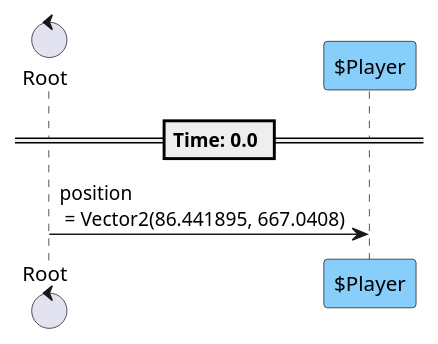
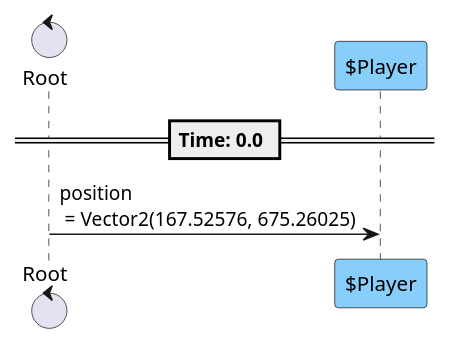
One commit to tkmfujise/Platformer-Game-Learning changed the second of 4 diagrams in content/scenes/src/chapters/1/chapter_1.tscn.adoc. Above: the diagram before and after it, drawn with PlantUML. The commit also changed other lines of this file and 317 other files, not shown here.

```diff
--- a/content/scenes/src/chapters/1/chapter_1.tscn.adoc
+++ b/content/scenes/src/chapters/1/chapter_1.tscn.adoc
@@ -2572,12 +2572,12 @@
 [plantuml]
 ....
 control "Root" as R
 participant "$Player" as T0 #87CEFA
 
 
 
 == Time: 0.0 ==
-R  ->  T0 : position\n = Vector2(86.441895, 667.0408)
+R  ->  T0 : position\n = Vector2(167.52576, 675.26025)
 
 
 ....
```
